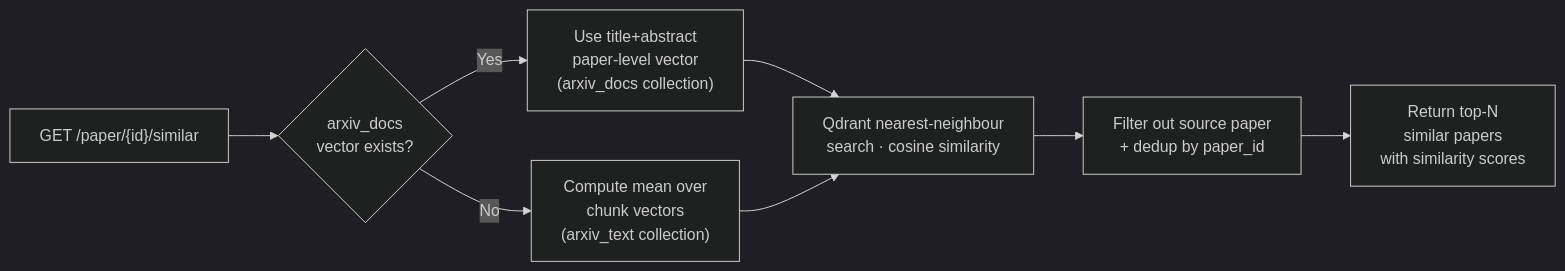
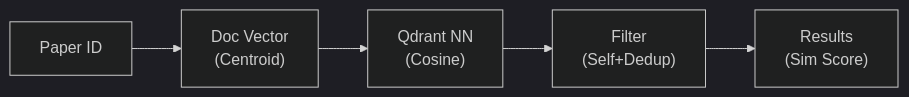
Before and after one commit to HimasagarU/Arxiv-RAG-Assistant: the fifth of 5 diagrams in README.md, drawn with Mermaid (dark theme). The commit also changed other lines of this file and 17 other files, not shown here.

Commit message:
feat: finalize scientific RAG pipeline, enhance architectural documentation, and add internal flowcharts

````diff
--- a/README.md
+++ b/README.md
@@ -145,9 +129,7 @@
 ```mermaid
 flowchart LR
-    A["GET /paper/{id}/similar"] --> B{"arxiv_docs\nvector exists?"}
-    B -->|Yes| C["Use title+abstract\npaper-level vector\n(arxiv_docs collection)"]
-    B -->|No| D["Compute mean over\nchunk vectors\n(arxiv_text collection)"]
-    C & D --> E["Qdrant nearest-neighbour\nsearch · cosine similarity"]
-    E --> F["Filter out source paper\n+ dedup by paper_id"]
-    F --> G["Return top-N\nsimilar papers\nwith similarity scores"]
+    ID["Paper ID"] --> VEC["Doc Vector\n(Centroid)"]
+    VEC --> NN["Qdrant NN\n(Cosine)"]
+    NN --> F["Filter\n(Self+Dedup)"]
+    F --> R["Results\n(Sim Score)"]
 ```
````
